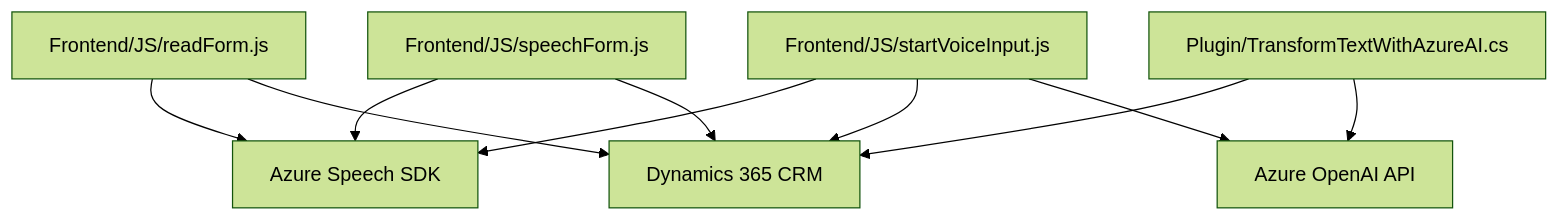
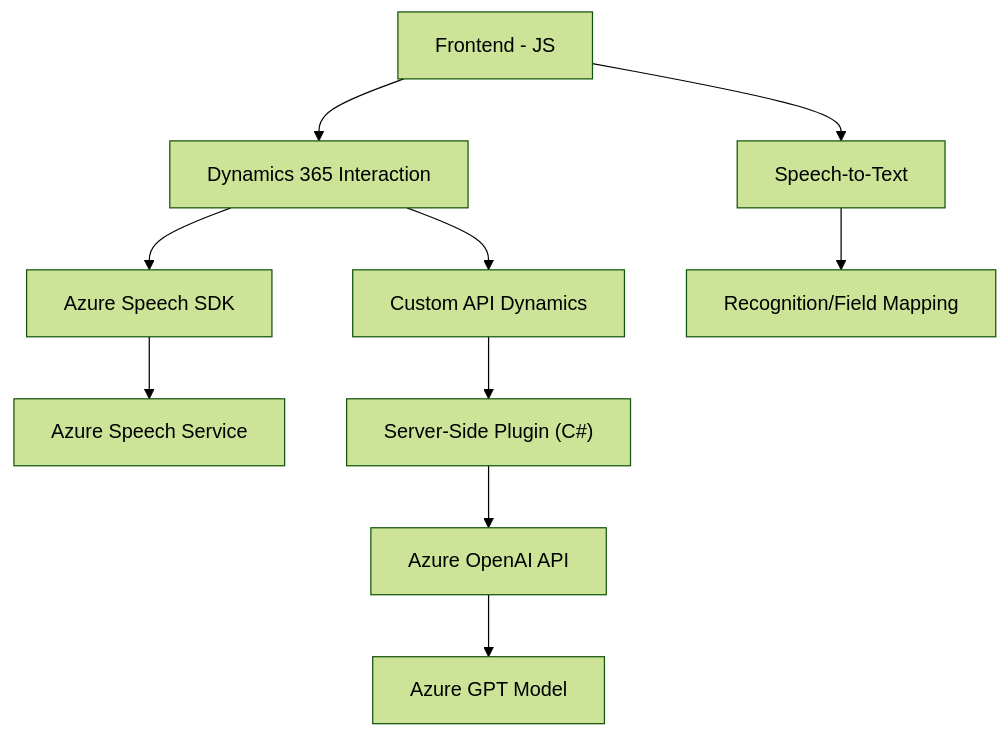
The diagram in README.md (blopezdm/NETCORE_BILBAO2025), drawn with Mermaid (forest theme) before and after one commit. The commit also changed other lines of this file, not shown here.

````diff
--- a/README.md
+++ b/README.md
@@ -39,20 +38,12 @@
 ```mermaid
 graph TD
-  A["Frontend/JS/readForm.js"]
-  B["Frontend/JS/startVoiceInput.js"]
-  C["Frontend/JS/speechForm.js"]
-  D["Plugin/TransformTextWithAzureAI.cs"]
-  E["Azure Speech SDK"]
-  F["Azure OpenAI API"]
-  G["Dynamics 365 CRM"]
-
-  A --> E
-  B --> E
-  C --> E
-  A --> G
-  B --> G
-  C --> G
-  D --> G
-  B --> F
-  D --> F
+  A["Frontend - JS"] --> B["Dynamics 365 Interaction"]
+  B --> C["Azure Speech SDK"]
+  C --> D["Azure Speech Service"]
+  A --> E["Speech-to-Text"]
+  E --> F["Recognition/Field Mapping"]
+  B --> G["Custom API Dynamics"]
+  G --> H["Server-Side Plugin (C#)"]
+  H --> I["Azure OpenAI API"]
+  I --> J["Azure GPT Model"]
 ```
````
